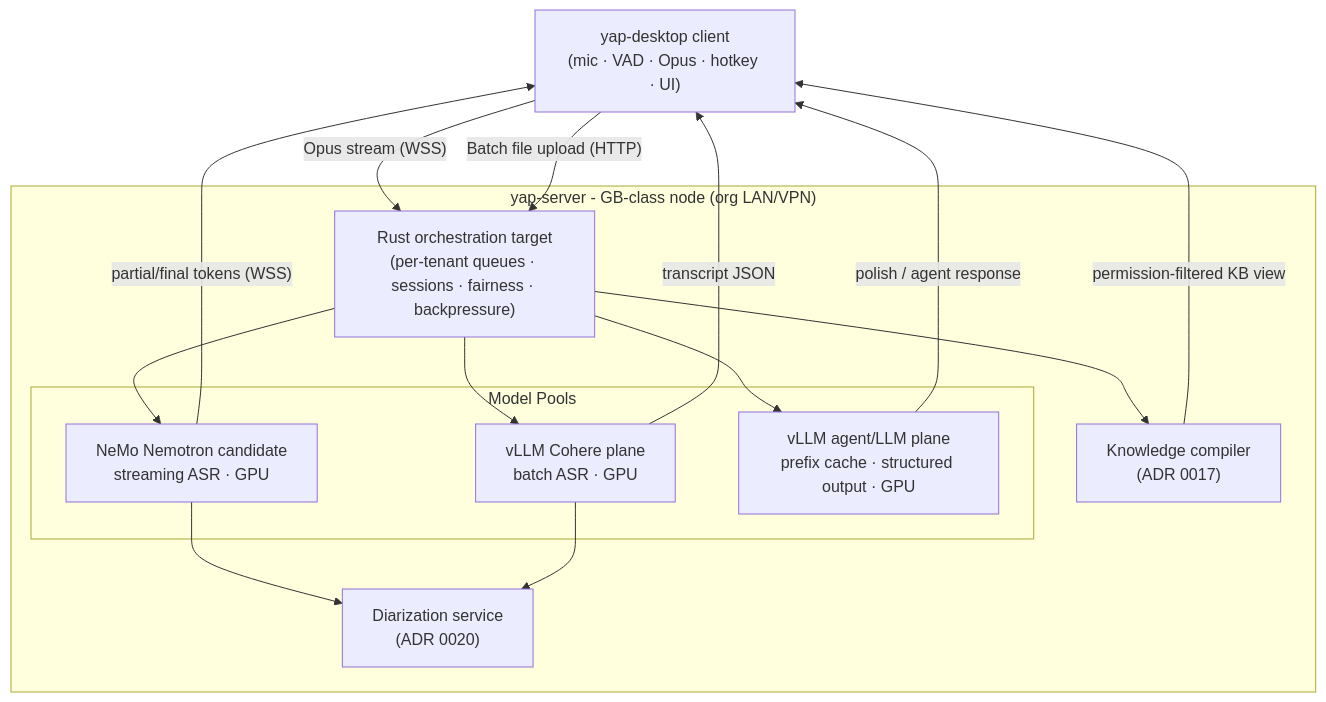
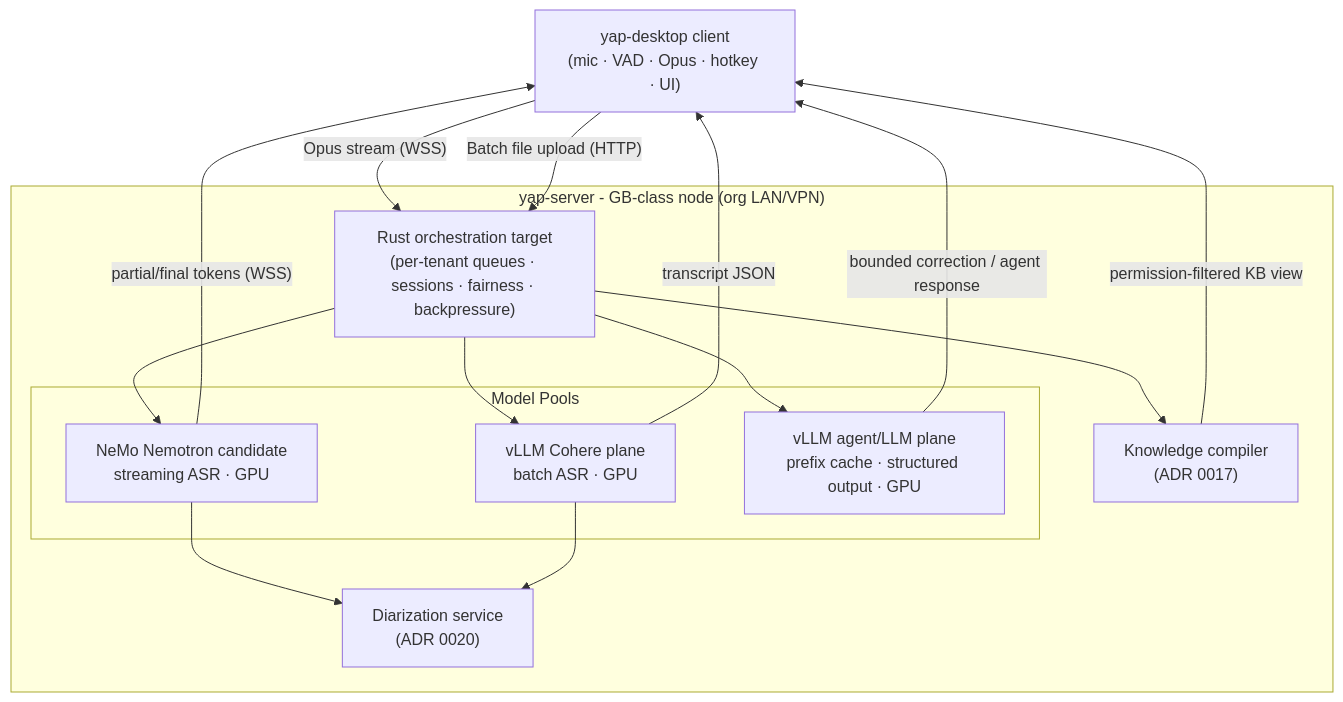
Before and after one commit to ZoOtMcNoOt/yap: the first of 5 diagrams in docs/adr/0014-server-tier-compute-topology.md, drawn with Mermaid. The commit also changed other lines of this file and 30 other files, not shown here.

````diff
--- a/docs/adr/0014-server-tier-compute-topology.md
+++ b/docs/adr/0014-server-tier-compute-topology.md
@@ -67,29 +68,29 @@
 ```mermaid
 flowchart TB
     Client["yap-desktop client\n(mic · VAD · Opus · hotkey · UI)"]
 
     subgraph Server["yap-server - GB-class node (org LAN/VPN)"]
         Router["Rust orchestration target\n(per-tenant queues · sessions · fairness · backpressure)"]
 
         subgraph Pools["Model Pools"]
             ASR["NeMo Nemotron candidate\nstreaming ASR · GPU"]
             Batch["vLLM Cohere plane\nbatch ASR · GPU"]
             LLM["vLLM agent/LLM plane\nprefix cache · structured output · GPU"]
         end
 
         KB["Knowledge compiler\n(ADR 0017)"]
         Diar["Diarization service\n(ADR 0020)"]
     end
 
     Client -->|"Opus stream (WSS)"| Router
     Client -->|"Batch file upload (HTTP)"| Router
     Router --> ASR
     Router --> Batch
     Router --> LLM
     Router --> KB
     ASR & Batch --> Diar
     ASR -->|"partial/final tokens (WSS)"| Client
     Batch -->|"transcript JSON"| Client
-    LLM -->|"polish / agent response"| Client
+    LLM -->|"bounded correction / agent response"| Client
     KB -->|"permission-filtered KB view"| Client
 ```
````
